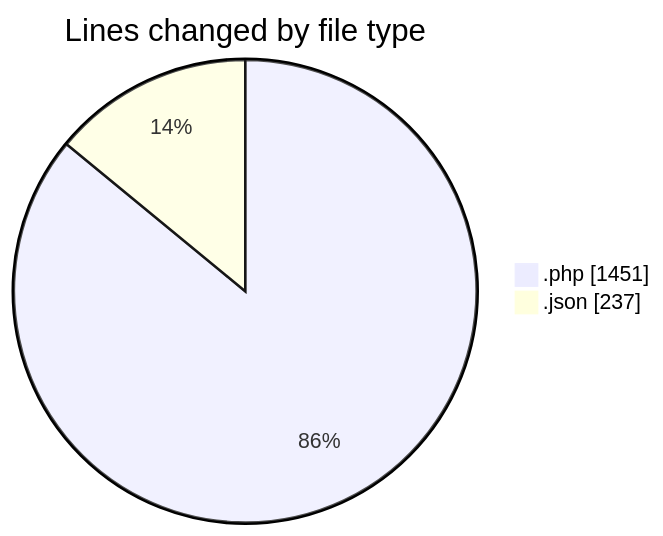
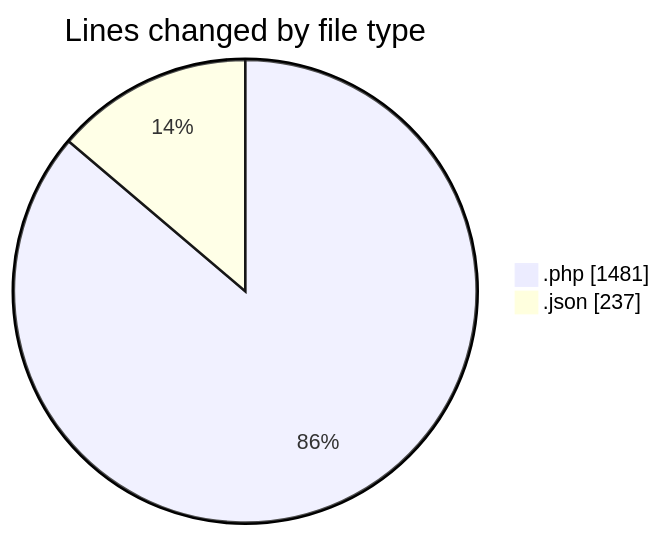
One commit to idhammustaqopulfikri/code-tracking changed the first of 2 diagrams in 2025-05-28/studio-backend/README.md. Above: the diagram before and after it, drawn with Mermaid. The commit also changed other lines of this file and 1 other file, not shown here.

````diff
--- a/2025-05-28/studio-backend/README.md
+++ b/2025-05-28/studio-backend/README.md
@@ -42,6 +43,6 @@
 ```mermaid
 pie showData
 title Lines changed by file type
-".php" : 1451
+".php" : 1481
 ".json" : 237
 ```
````
